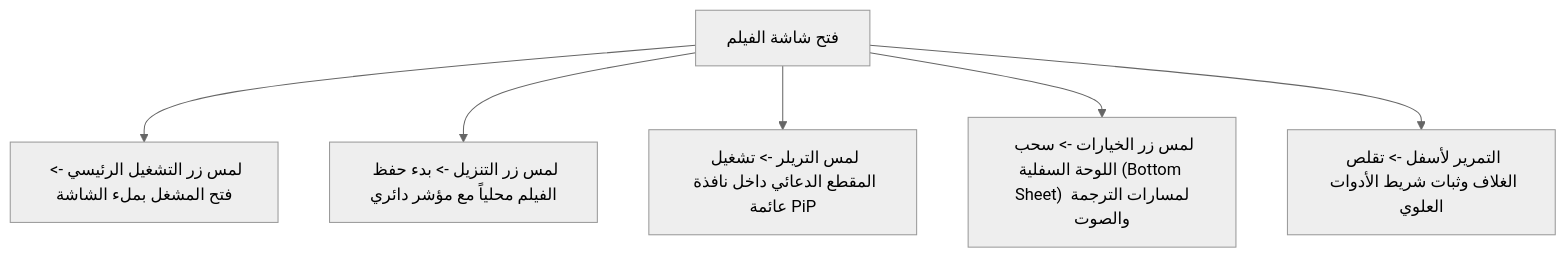
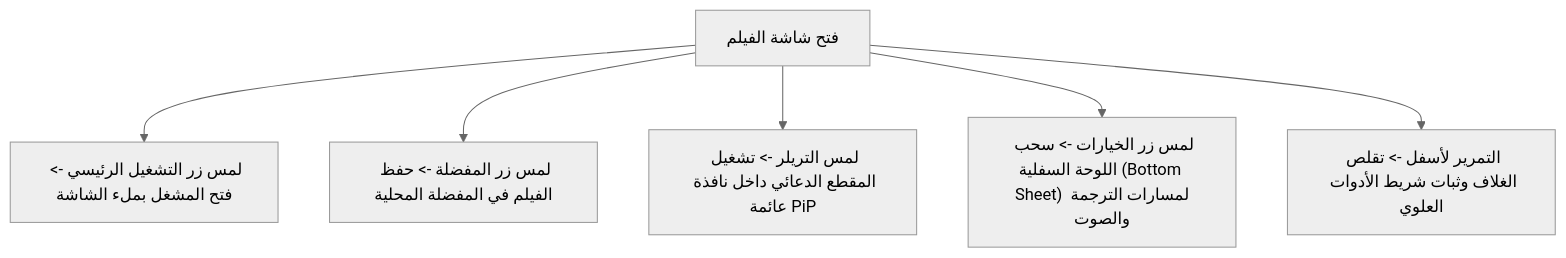
One commit to 0s-a/mdd-tv changed the diagram in docs/current/screens/media_details/02_movie_details_screen.md. Above: the diagram before and after it, drawn with Mermaid (neutral theme). The commit also changed 11 other files, not shown here.

````diff
--- a/docs/current/screens/media_details/02_movie_details_screen.md
+++ b/docs/current/screens/media_details/02_movie_details_screen.md
@@ -70,8 +70,8 @@
 ```mermaid
 flowchart TD
     OpenScreen["فتح شاشة الفيلم"] --> TapPlay["لمس زر التشغيل الرئيسي -> فتح المشغل بملء الشاشة"]
-    OpenScreen --> TapDownload["لمس زر التنزيل -> بدء حفظ الفيلم محلياً مع مؤشر دائري"]
+    OpenScreen --> TapFavorite["لمس زر المفضلة -> حفظ الفيلم في المفضلة المحلية"]
     OpenScreen --> TapTrailer["لمس التريلر -> تشغيل المقطع الدعائي داخل نافذة عائمة PiP"]
     OpenScreen --> TapMore["لمس زر الخيارات -> سحب اللوحة السفلية (Bottom Sheet) لمسارات الترجمة والصوت"]
     OpenScreen --> ScrollDown["التمرير لأسفل -> تقلص الغلاف وثبات شريط الأدوات العلوي"]
 ```
````
